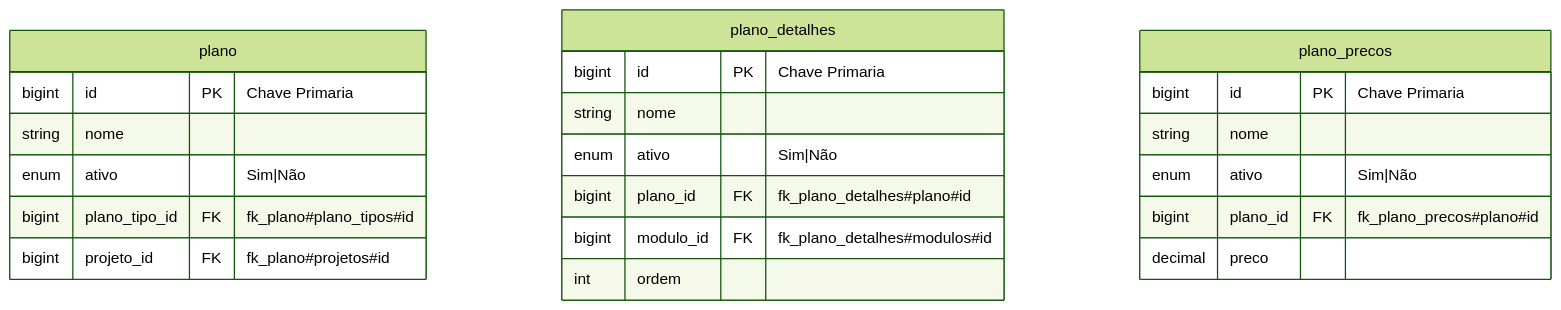
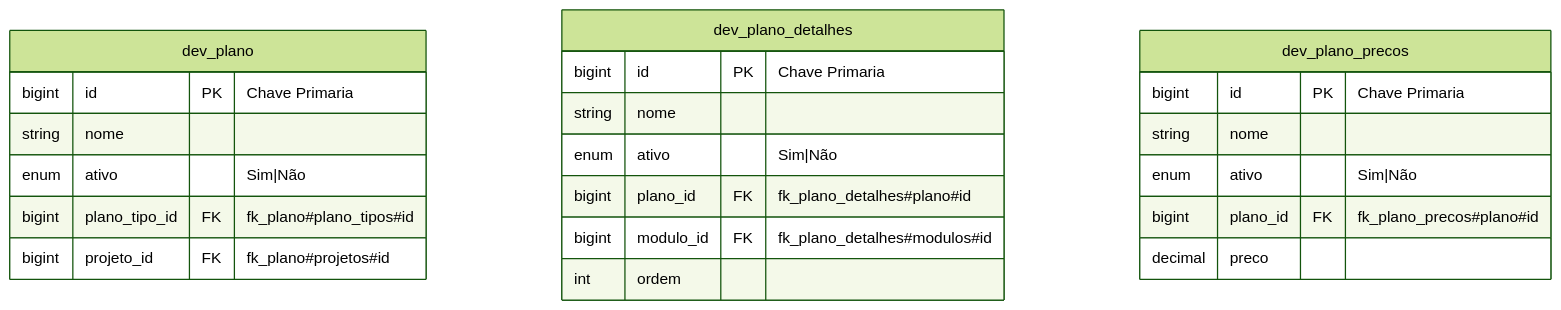
One commit to o-novo-dev/projeto-sistema changed the sixth of 8 diagrams in doc/modulo/laboratório.md. Above: the diagram before and after it, drawn with Mermaid (forest theme). The commit also changed other lines of this file and 33 other files, not shown here.

````diff
--- a/doc/modulo/laboratório.md
+++ b/doc/modulo/laboratório.md
@@ -127,25 +127,25 @@
 ```mermaid
 erDiagram
-  plano {
+  dev_plano {
     bigint id PK "Chave Primaria"
     string nome
     enum ativo "Sim|Não"
     bigint plano_tipo_id FK "fk_plano#plano_tipos#id"
     bigint projeto_id FK "fk_plano#projetos#id"
   }
-  plano_detalhes {
+  dev_plano_detalhes {
     bigint id PK "Chave Primaria"
     string nome
     enum ativo "Sim|Não"
     bigint plano_id FK "fk_plano_detalhes#plano#id"
     bigint modulo_id FK "fk_plano_detalhes#modulos#id"
     int ordem
   }
-  plano_precos {
+  dev_plano_precos {
     bigint id PK "Chave Primaria"
     string nome
     enum ativo "Sim|Não"
     bigint plano_id FK "fk_plano_precos#plano#id"
     decimal preco
   }
 ```
````
